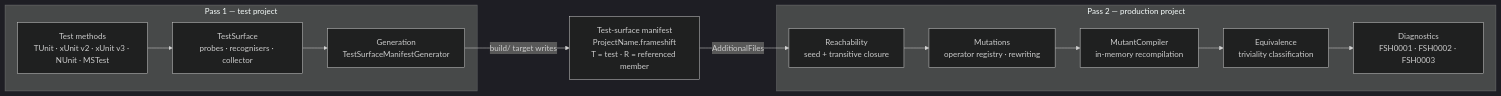
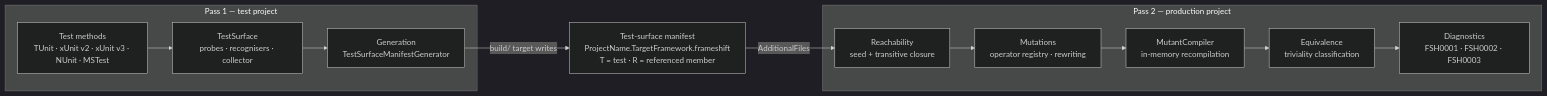
The diagram in README.md (dailydevops/frameshift), drawn with Mermaid (dark theme) before and after one commit. The commit also changed other lines of this file and 13 other files, not shown here.

First line of the commit message:
feat(manifest): key the test-surface manifest by target framework and auto-resolve it from ProjectReference (#111)

````diff
--- a/README.md
+++ b/README.md
@@ -17,23 +17,23 @@
 ```mermaid
 flowchart LR
     subgraph pass1["Pass 1 — test project"]
         T1["Test methods<br/>TUnit · xUnit v2 · xUnit v3 · NUnit · MSTest"]
         T2["TestSurface<br/>probes · recognisers · collector"]
         T3["Generation<br/>TestSurfaceManifestGenerator"]
         T1 --> T2 --> T3
     end
 
-    M["Test-surface manifest<br/>ProjectName.frameshift<br/>T = test · R = referenced member"]
+    M["Test-surface manifest<br/>ProjectName.TargetFramework.frameshift<br/>T = test · R = referenced member"]
 
     subgraph pass2["Pass 2 — production project"]
         P1["Reachability<br/>seed + transitive closure"]
         P2["Mutations<br/>operator registry · rewriting"]
         P3["MutantCompiler<br/>in-memory recompilation"]
         P4["Equivalence<br/>triviality classification"]
         P5["Diagnostics<br/>FSH0001 · FSH0002 · FSH0003"]
         P1 --> P2 --> P3 --> P4 --> P5
     end
 
     T3 -->|"build/ target writes"| M
     M -->|"AdditionalFiles"| P1
 ```
````
